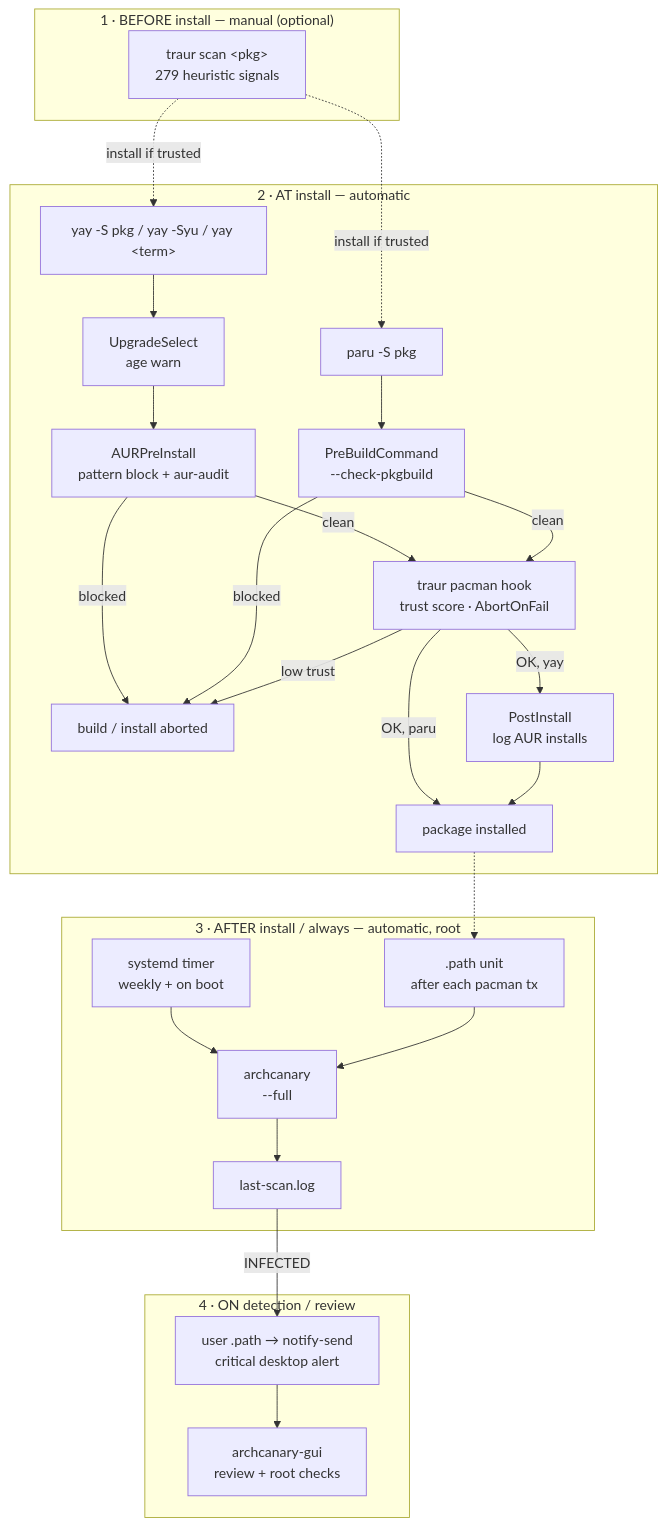
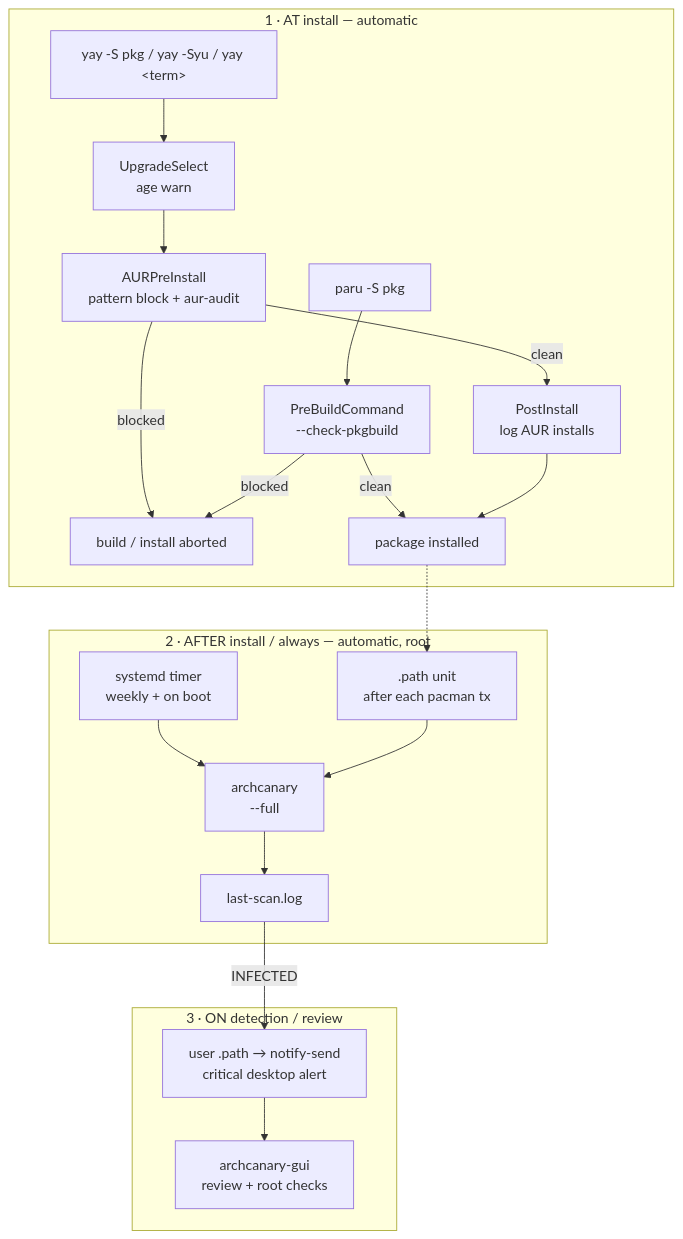
One commit to musqz/archcanary changed the diagram in docs/overview.md. Above: the diagram before and after it, drawn with Mermaid. The commit also changed other lines of this file and 9 other files, not shown here.

````diff
--- a/docs/overview.md
+++ b/docs/overview.md
@@ -10,35 +9,26 @@
 ```mermaid
 flowchart TD
-    subgraph PRE["1 · BEFORE install — manual (optional)"]
-        T["traur scan &lt;pkg&gt;<br/>279 heuristic signals"]
-    end
-
-    subgraph AT["2 · AT install — automatic"]
+    subgraph AT["1 · AT install — automatic"]
         U["yay -S pkg / yay -Syu / yay &lt;term&gt;"] --> SEL["UpgradeSelect<br/>age warn"]
         SEL --> PRI["AURPreInstall<br/>pattern block + aur-audit"]
         UP["paru -S pkg"] --> PBC["PreBuildCommand<br/>--check-pkgbuild"]
         PRI -->|blocked| AB["build / install aborted"]
         PBC -->|blocked| AB
-        PRI -->|clean| TH["traur pacman hook<br/>trust score · AbortOnFail"]
-        PBC -->|clean| TH
-        TH -->|low trust| AB
-        TH -->|OK, yay| POST["PostInstall<br/>log AUR installs"]
-        TH -->|OK, paru| OK["package installed"]
+        PRI -->|clean| POST["PostInstall<br/>log AUR installs"]
+        PBC -->|clean| OK["package installed"]
         POST --> OK
     end
 
-    subgraph AFTER["3 · AFTER install / always — automatic, root"]
+    subgraph AFTER["2 · AFTER install / always — automatic, root"]
         TIM["systemd timer<br/>weekly + on boot"] --> SCAN["archcanary<br/>--full"]
         PTH[".path unit<br/>after each pacman tx"] --> SCAN
         SCAN --> LOG["last-scan.log"]
     end
 
-    subgraph ALERT["4 · ON detection / review"]
+    subgraph ALERT["3 · ON detection / review"]
         LOG -->|INFECTED| NOT["user .path → notify-send<br/>critical desktop alert"]
         NOT --> GUI["archcanary-gui<br/>review + root checks"]
     end
 
-    T -.->|install if trusted| U
-    T -.->|install if trusted| UP
     OK -.-> PTH
 ```
````
